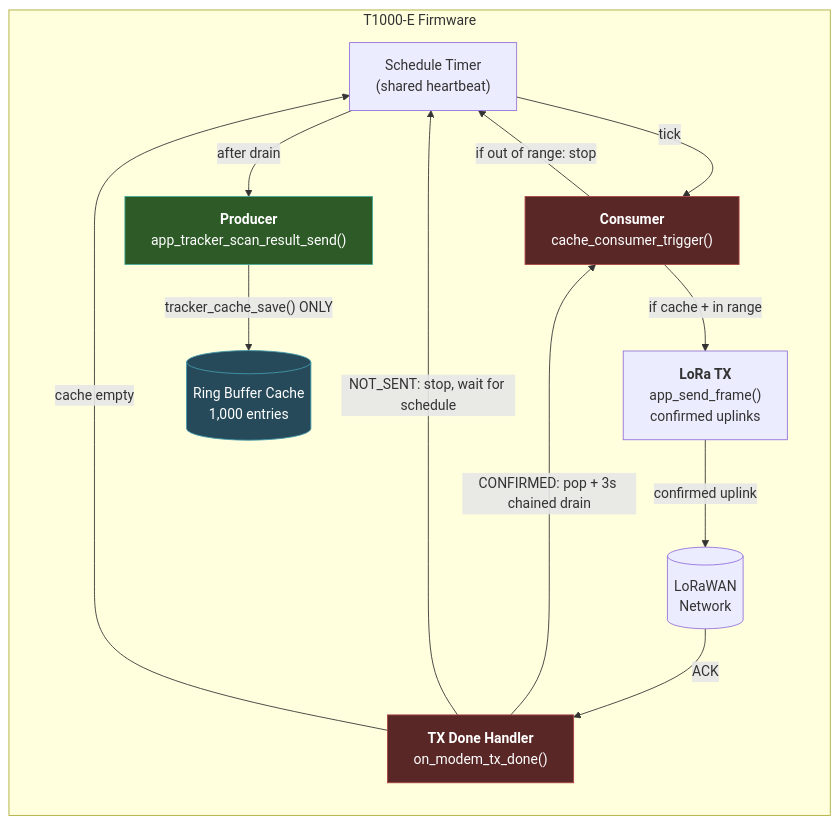
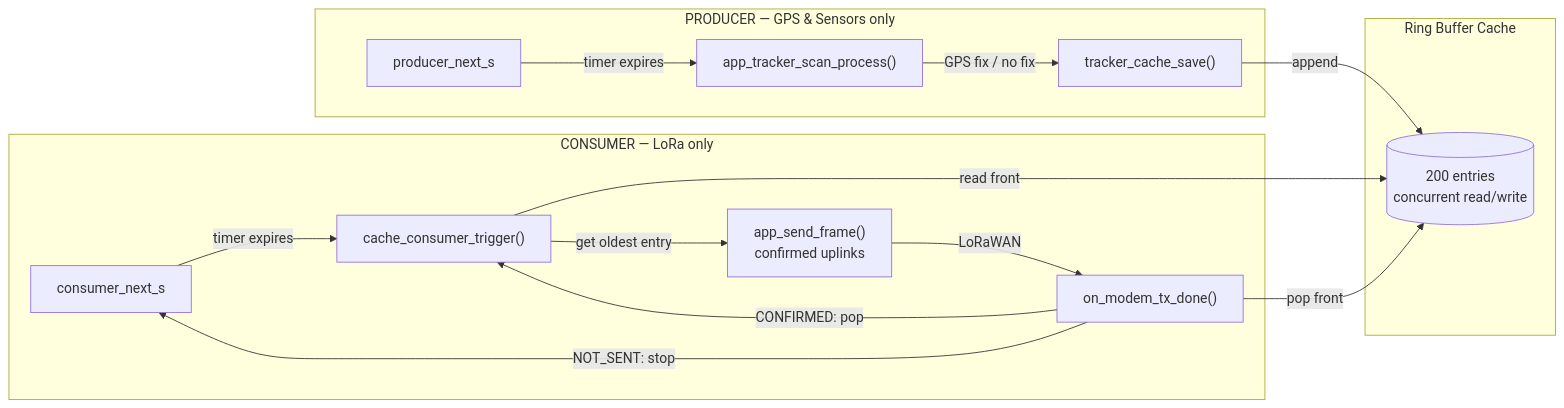
The diagram in README.md (ViVSoftComputers/t1000e-firmware), drawn with Mermaid before and after one commit. The commit also changed other lines of this file and 1 other file, not shown here.

Commit message:
v24 release: README with full architecture, UF2 binary

````diff
--- a/README.md
+++ b/README.md
@@ -79,29 +97,30 @@
 ```mermaid
-flowchart TD
-    subgraph Device["T1000-E Firmware"]
-        direction TB
-        SCHEDULE["Schedule Timer<br/>(shared heartbeat)"]
-        PRODUCER["<b>Producer</b><br/>app_tracker_scan_result_send()"]
-        CACHE[("Ring Buffer Cache<br/>1,000 entries")]
-        CONSUMER["<b>Consumer</b><br/>cache_consumer_trigger()"]
-        TX["<b>LoRa TX</b><br/>app_send_frame()<br/>confirmed uplinks"]
-        TXDONE["<b>TX Done Handler</b><br/>on_modem_tx_done()"]
-        LORA[("LoRaWAN<br/>Network")]
+flowchart LR
+    subgraph PRODUCER["PRODUCER — GPS & Sensors only"]
+        P_TIMER["producer_next_s"]
+        SCAN["app_tracker_scan_process()"]
+        SAVE["tracker_cache_save()"]
+        P_TIMER -->|"timer expires"| SCAN
+        SCAN -->|"GPS fix / no fix"| SAVE
     end
 
-    SCHEDULE -->|"tick"| CONSUMER
-    CONSUMER -->|"if cache + in range"| TX
-    CONSUMER -->|"if out of range: stop"| SCHEDULE
-    TX -->|"confirmed uplink"| LORA
-    LORA -->|"ACK"| TXDONE
-    TXDONE -->|"CONFIRMED: pop + 3s chained drain"| CONSUMER
-    TXDONE -->|"NOT_SENT: stop, wait for schedule"| SCHEDULE
-    TXDONE -->|"cache empty"| SCHEDULE
-    SCHEDULE -->|"after drain"| PRODUCER
-    PRODUCER -->|"tracker_cache_save() ONLY"| CACHE
+    subgraph CACHE["Ring Buffer Cache"]
+        RB[("200 entries<br/>concurrent read/write")]
+    end
 
-    style PRODUCER fill:#2d5a27,stroke:#4a9,color:#fff
-    style CONSUMER fill:#5a2727,stroke:#a44,color:#fff
-    style TXDONE fill:#5a2727,stroke:#a44,color:#fff
-    style CACHE fill:#274a5a,stroke:#49a,color:#fff
+    subgraph CONSUMER["CONSUMER — LoRa only"]
+        C_TIMER["consumer_next_s"]
+        DRAIN["cache_consumer_trigger()"]
+        TX["app_send_frame()<br/>confirmed uplinks"]
+        TXDONE["on_modem_tx_done()"]
+        C_TIMER -->|"timer expires"| DRAIN
+        DRAIN -->|"get oldest entry"| TX
+        TX -->|"LoRaWAN"| TXDONE
+        TXDONE -->|"CONFIRMED: pop"| DRAIN
+        TXDONE -->|"NOT_SENT: stop"| C_TIMER
+    end
+
+    SAVE -->|"append"| RB
+    DRAIN -->|"read front"| RB
+    TXDONE -->|"pop front"| RB
 ```
````
